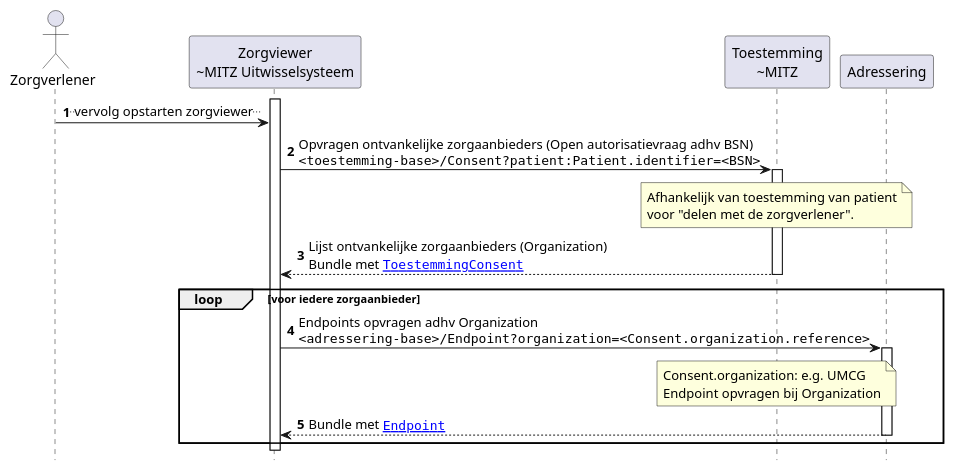
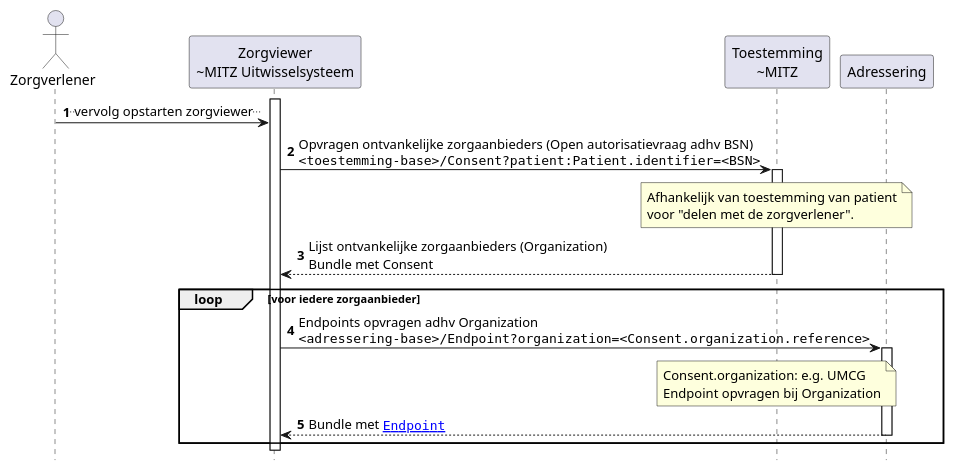
One commit to RIVO-Noord/zorgviewer-ig changed the diagram in input/images-source/Zorgviewer-seq-2.plantuml. Above: the diagram before and after it, drawn with PlantUML. The commit also changed 5 other files, not shown here.

Commit message:
ToestemmingConsent opgeruimd

```diff
--- a/input/images-source/Zorgviewer-seq-2.plantuml
+++ b/input/images-source/Zorgviewer-seq-2.plantuml
@@ -1,31 +1,31 @@
 @startuml
 hide footbox
 autonumber
 
 actor Zorgverlener
 participant "Zorgviewer\n~MITZ Uitwisselsysteem" as Zorgviewer
 participant "Toestemming\n~MITZ" as Toestemming
 participant "Adressering" as Adressering
 
 activate Zorgviewer
 Zorgverlener->Zorgviewer: ..vervolg opstarten zorgviewer..
 Zorgviewer->Toestemming: Opvragen ontvankelijke zorgaanbieders (Open autorisatievraag adhv BSN)\n""<toestemming-base>/Consent?patient:Patient.identifier=<BSN>""
 note over Toestemming: Afhankelijk van toestemming van patient\nvoor "delen met de zorgverlener".
 activate Toestemming
-Toestemming-->Zorgviewer: Lijst ontvankelijke zorgaanbieders (Organization)\nBundle met ""[[StructureDefinition-ToestemmingConsent.html ToestemmingConsent]]""
+Toestemming-->Zorgviewer: Lijst ontvankelijke zorgaanbieders (Organization)\nBundle met Consent
 deactivate Toestemming
 
 loop voor iedere zorgaanbieder
   Zorgviewer->Adressering: Endpoints opvragen adhv Organization\n""<adressering-base>/Endpoint?organization=<Consent.organization.reference>""
   note over Toestemming
     Consent.organization: e.g. UMCG
     Endpoint opvragen bij Organization
   end note
   activate Adressering
   Adressering-->Zorgviewer: Bundle met ""[[StructureDefinition-Endpoint.html Endpoint]]""
   deactivate Adressering
 end loop
 
 deactivate Zorgviewer
 
 @enduml
```
